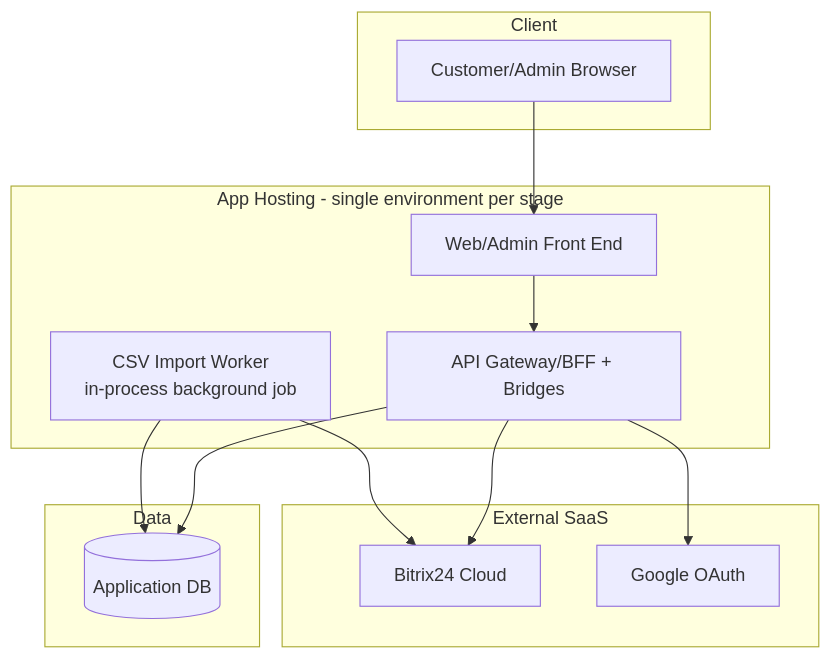
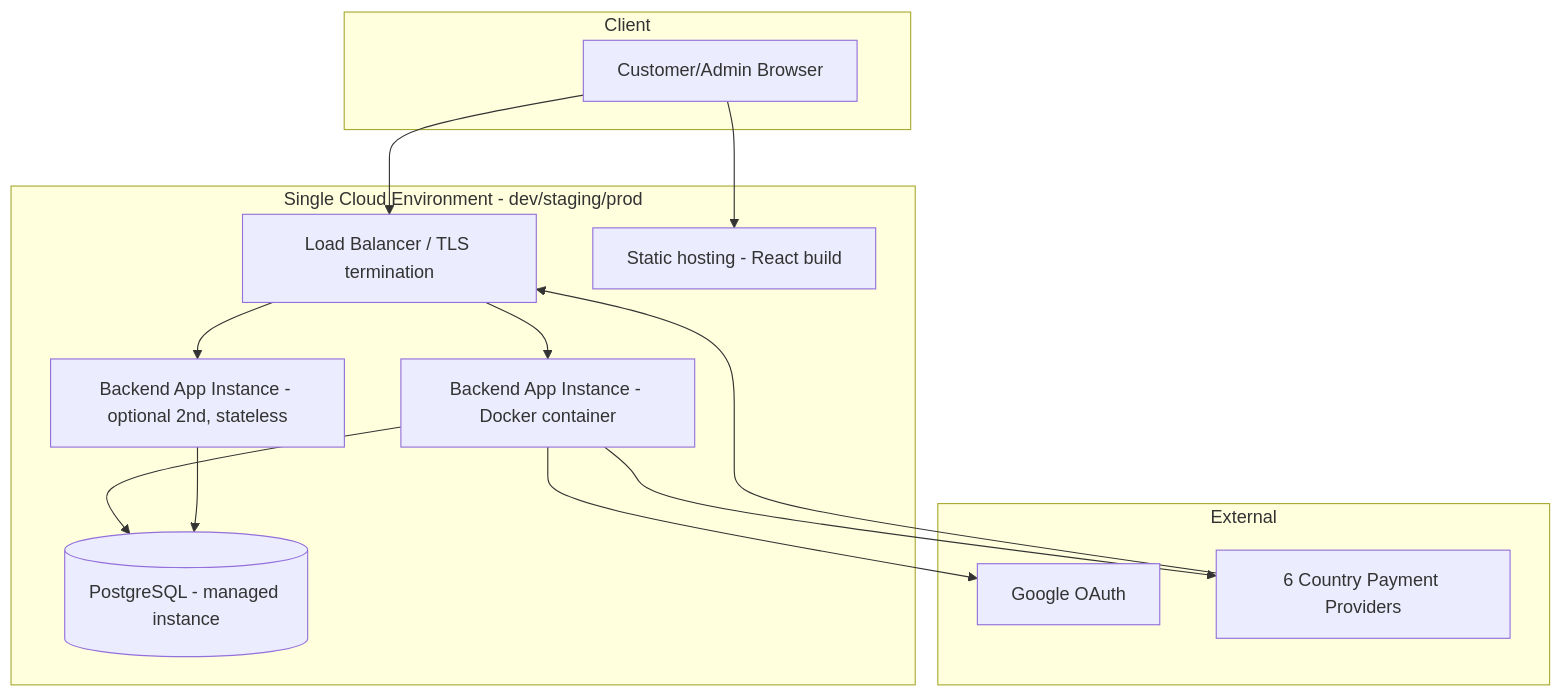
The tenth of 10 diagrams in projects/rumica-starter/working/architecture-specification.md (DzmitryKamashkaInt/business_analysys_pipeline), drawn with Mermaid before and after one commit. The commit also changed other lines of this file, not shown here.

Commit message:
rumica-starter: rework architecture specification for custom backend + payment orchestration layer

````diff
--- a/projects/rumica-starter/working/architecture-specification.md
+++ b/projects/rumica-starter/working/architecture-specification.md
@@ -238,26 +316,29 @@
 ```mermaid
 graph TD
     subgraph Client
         Browser[Customer/Admin Browser]
     end
-    subgraph App Hosting - single environment per stage
-        WEB[Web/Admin Front End]
-        API[API Gateway/BFF + Bridges]
-        WORKER[CSV Import Worker<br/>in-process background job]
-    end
-    subgraph Data
-        DB[(Application DB)]
-    end
-    subgraph External SaaS
-        BX[Bitrix24 Cloud]
-        GOOG[Google OAuth]
+
+    subgraph Hosting[Single Cloud Environment - dev/staging/prod]
+        LB[Load Balancer / TLS termination]
+        App1[Backend App Instance - Docker container]
+        App2[Backend App Instance - optional 2nd, stateless]
+        PG[(PostgreSQL - managed instance)]
+        Static[Static hosting - React build]
     end
 
-    Browser --> WEB
-    WEB --> API
-    API --> DB
-    WORKER --> DB
-    API --> BX
-    API --> GOOG
-    WORKER --> BX
+    subgraph External
+        GoogleOAuthExt[Google OAuth]
+        PayProviders[6 Country Payment Providers]
+    end
+
+    Browser --> Static
+    Browser --> LB
+    LB --> App1
+    LB --> App2
+    App1 --> PG
+    App2 --> PG
+    App1 --> GoogleOAuthExt
+    App1 --> PayProviders
+    PayProviders --> LB
 ```
````
